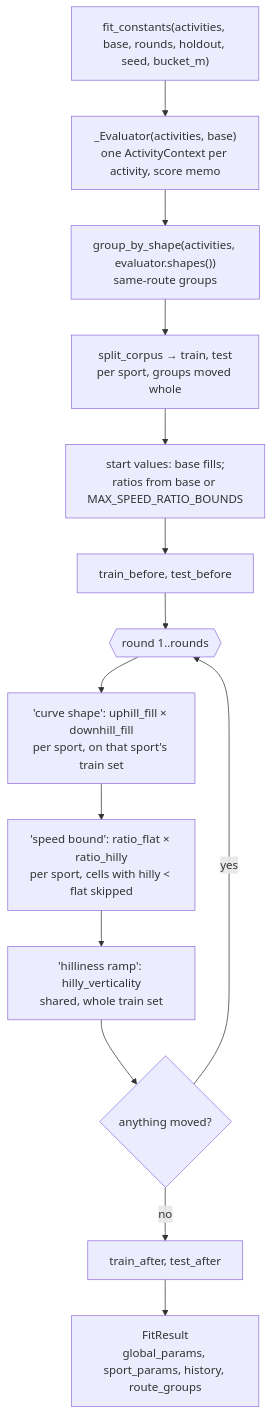
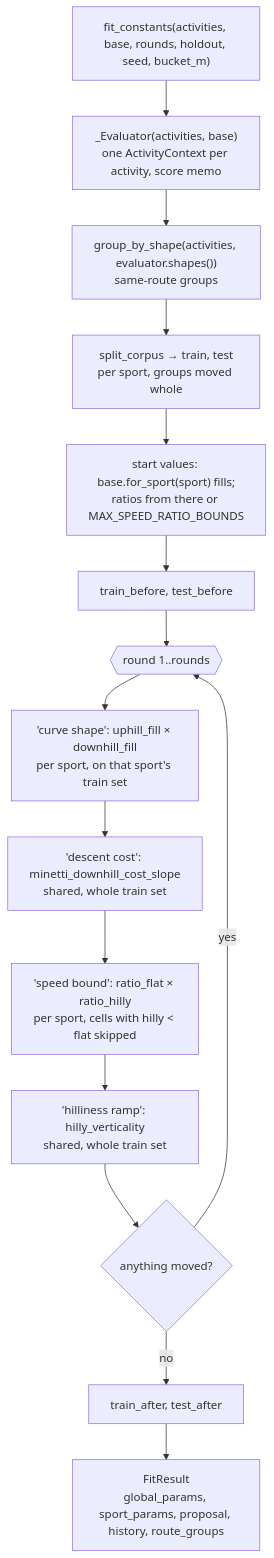
Diagram 14 of 16 in docs/TUNING_ARCHITECTURE.md (martin-iflap/GPX_to_FIT), drawn with Mermaid before and after one commit. The commit also changed other lines of this file and 5 other files, not shown here.

Commit message:
Params changes and a new tuning knob for Minetti curve + fixes.

````diff
--- a/docs/TUNING_ARCHITECTURE.md
+++ b/docs/TUNING_ARCHITECTURE.md
@@ -598,17 +638,18 @@
 ```mermaid
 flowchart TD
   fc["fit_constants(activities, base, rounds, holdout, seed, bucket_m)"]
   fc --> ev["_Evaluator(activities, base)<br/>one ActivityContext per activity, score memo"]
   ev --> gbs["group_by_shape(activities, evaluator.shapes())<br/>same-route groups"]
   gbs --> sc["split_corpus → train, test<br/>per sport, groups moved whole"]
-  sc --> init["start values: base fills;<br/>ratios from base or MAX_SPEED_RATIO_BOUNDS"]
+  sc --> init["start values: base.for_sport(sport) fills;<br/>ratios from there or MAX_SPEED_RATIO_BOUNDS"]
   init --> before["train_before, test_before"]
   before --> rounds{{"round 1..rounds"}}
   rounds --> st1["'curve shape': uphill_fill × downhill_fill<br/>per sport, on that sport's train set"]
-  st1 --> st2["'speed bound': ratio_flat × ratio_hilly<br/>per sport, cells with hilly < flat skipped"]
+  st1 --> st1b["'descent cost': minetti_downhill_cost_slope<br/>shared, whole train set"]
+  st1b --> st2["'speed bound': ratio_flat × ratio_hilly<br/>per sport, cells with hilly < flat skipped"]
   st2 --> st3["'hilliness ramp': hilly_verticality<br/>shared, whole train set"]
   st3 --> moved{"anything moved?"}
   moved -- yes --> rounds
   moved -- no --> after["train_after, test_after"]
-  after --> FR["FitResult<br/>global_params, sport_params, history, route_groups"]
+  after --> FR["FitResult<br/>global_params, sport_params, proposal, history, route_groups"]
 ```
````
